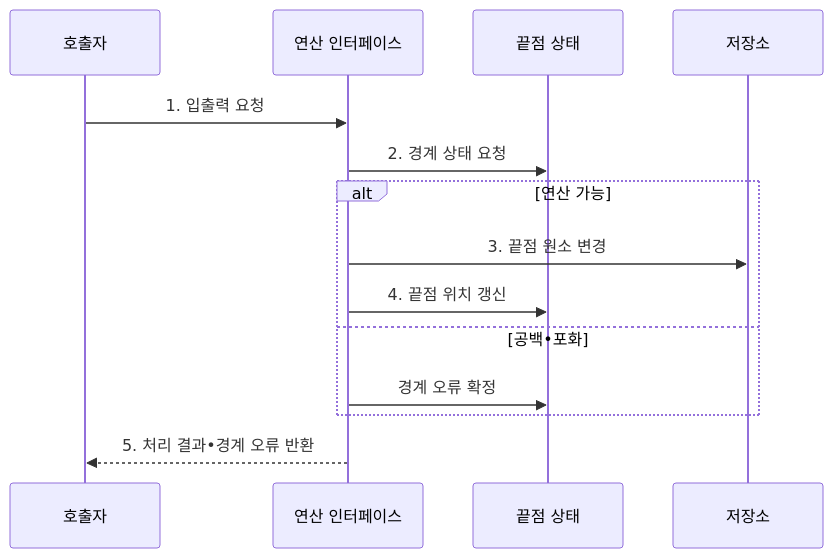
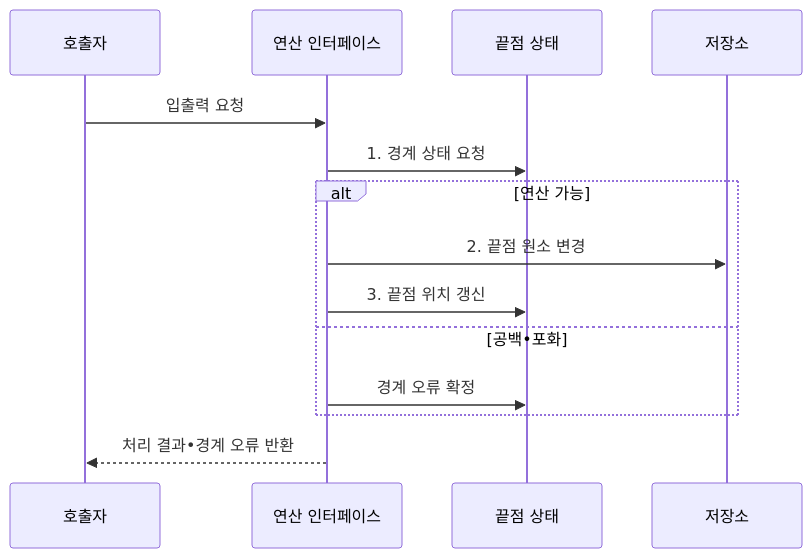
The second of 2 diagrams in src/content/docs/notes/01-basic-theory/007_stack_queue_deque.md (agnusdei1207/knowledge-base), drawn with Mermaid before and after one commit. The commit also changed other lines of this file and 17 other files, not shown here.

````diff
--- a/src/content/docs/notes/01-basic-theory/007_stack_queue_deque.md
+++ b/src/content/docs/notes/01-basic-theory/007_stack_queue_deque.md
@@ -76,16 +76,16 @@
 ```mermaid
 sequenceDiagram
     participant Q as 호출자
     participant I as 연산 인터페이스
     participant E as 끝점 상태
     participant S as 저장소
-    Q->>I: 1. 입출력 요청
-    I->>E: 2. 경계 상태 요청
+    Q->>I: 입출력 요청
+    I->>E: 1. 경계 상태 요청
     alt 연산 가능
-        I->>S: 3. 끝점 원소 변경
-        I->>E: 4. 끝점 위치 갱신
+        I->>S: 2. 끝점 원소 변경
+        I->>E: 3. 끝점 위치 갱신
     else 공백•포화
         I->>E: 경계 오류 확정
     end
-    I-->>Q: 5. 처리 결과•경계 오류 반환
+    I-->>Q: 처리 결과•경계 오류 반환
 ```
````
